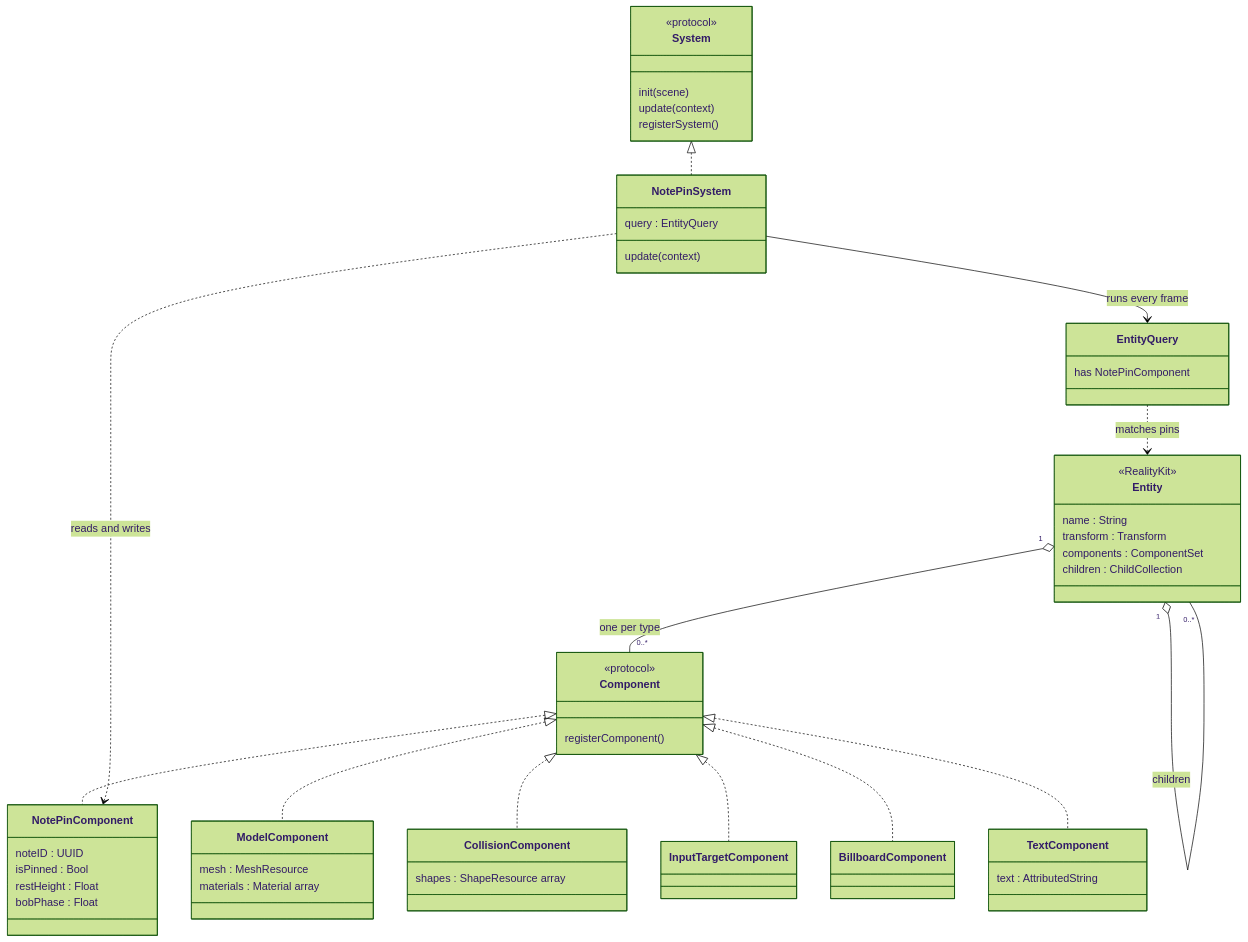
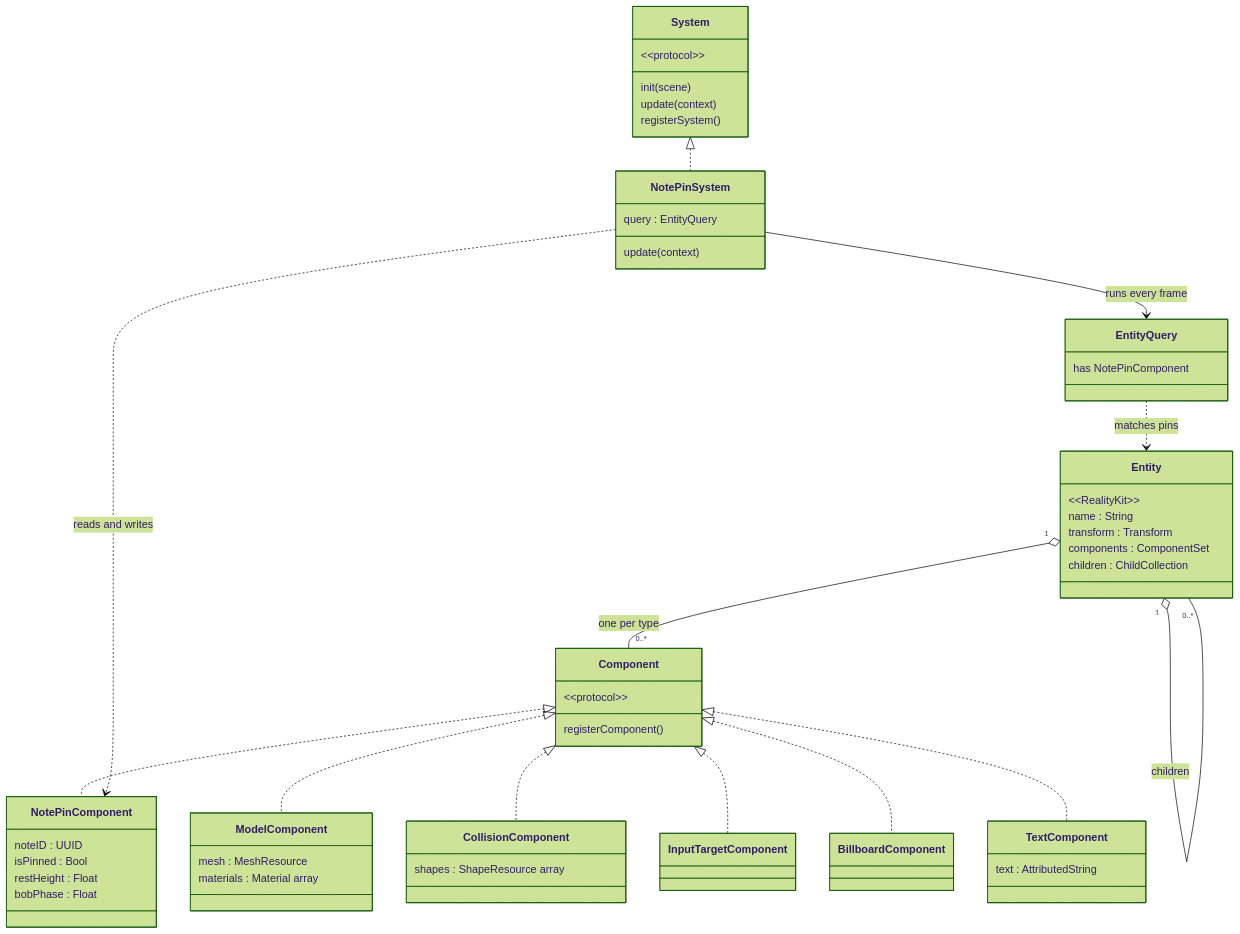
Before and after one commit to albertoirurueta/docs: the diagram in modules/ROOT/pages/apps/apple/augmented-reality.adoc, drawn with Mermaid (forest theme). The commit also changed 10 other files, not shown here.

First line of the commit message:
Fix Mermaid diagrams broken by HTML-parsed stereotypes

```diff
--- a/modules/ROOT/pages/apps/apple/augmented-reality.adoc
+++ b/modules/ROOT/pages/apps/apple/augmented-reality.adoc
@@ -76,58 +76,58 @@
 [mermaid]
 ....
 classDiagram
     class Entity {
-        <<RealityKit>>
+        &lt;&lt;RealityKit&gt;&gt;
         name : String
         transform : Transform
         components : ComponentSet
         children : ChildCollection
     }
     class Component {
-        <<protocol>>
+        &lt;&lt;protocol&gt;&gt;
         registerComponent()
     }
     class System {
-        <<protocol>>
+        &lt;&lt;protocol&gt;&gt;
         init(scene)
         update(context)
         registerSystem()
     }
     class NotePinComponent {
         noteID : UUID
         isPinned : Bool
         restHeight : Float
         bobPhase : Float
     }
     class ModelComponent {
         mesh : MeshResource
         materials : Material array
     }
     class CollisionComponent {
         shapes : ShapeResource array
     }
     class InputTargetComponent
     class BillboardComponent
     class TextComponent {
         text : AttributedString
     }
     class NotePinSystem {
         query : EntityQuery
         update(context)
     }
     class EntityQuery {
         has NotePinComponent
     }
     Component <|.. NotePinComponent
     Component <|.. ModelComponent
     Component <|.. CollisionComponent
     Component <|.. InputTargetComponent
     Component <|.. BillboardComponent
     Component <|.. TextComponent
     System <|.. NotePinSystem
     Entity "1" o-- "0..*" Component : one per type
     Entity "1" o-- "0..*" Entity : children
     NotePinSystem --> EntityQuery : runs every frame
     EntityQuery ..> Entity : matches pins
     NotePinSystem ..> NotePinComponent : reads and writes
 ....
```
